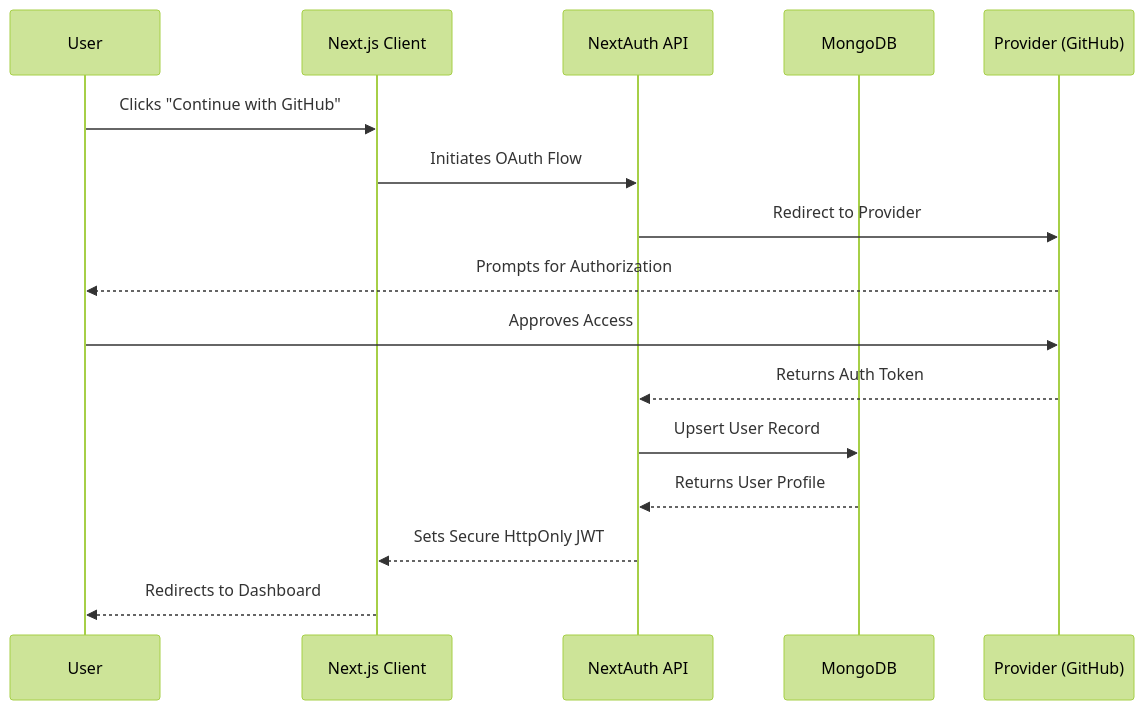
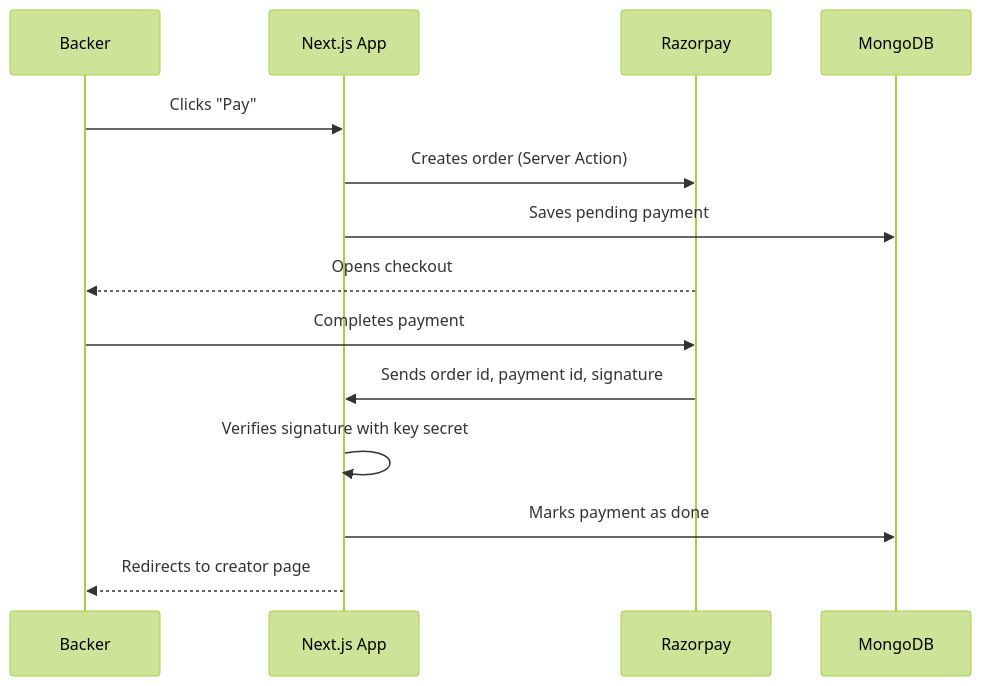
Before and after one commit to Divyanshu-2907/RaiseNest-CrowdFunding: the second of 2 diagrams in README.md, drawn with Mermaid (forest theme). The commit also changed other lines of this file, not shown here.

````diff
--- a/README.md
+++ b/README.md
@@ -228,19 +187,17 @@
 ```mermaid
 sequenceDiagram
-    participant User
-    participant Client as Next.js Client
-    participant Server as NextAuth API
+    participant Backer
+    participant App as Next.js App
+    participant RZP as Razorpay
     participant DB as MongoDB
-    participant OAuth as Provider (GitHub)
 
-    User->>Client: Clicks "Continue with GitHub"
-    Client->>Server: Initiates OAuth Flow
-    Server->>OAuth: Redirect to Provider
-    OAuth-->>User: Prompts for Authorization
-    User->>OAuth: Approves Access
-    OAuth-->>Server: Returns Auth Token
-    Server->>DB: Upsert User Record
-    DB-->>Server: Returns User Profile
-    Server-->>Client: Sets Secure HttpOnly JWT
-    Client-->>User: Redirects to Dashboard
+    Backer->>App: Clicks "Pay"
+    App->>RZP: Creates order (Server Action)
+    App->>DB: Saves pending payment
+    RZP-->>Backer: Opens checkout
+    Backer->>RZP: Completes payment
+    RZP->>App: Sends order id, payment id, signature
+    App->>App: Verifies signature with key secret
+    App->>DB: Marks payment as done
+    App-->>Backer: Redirects to creator page
 ```
````
